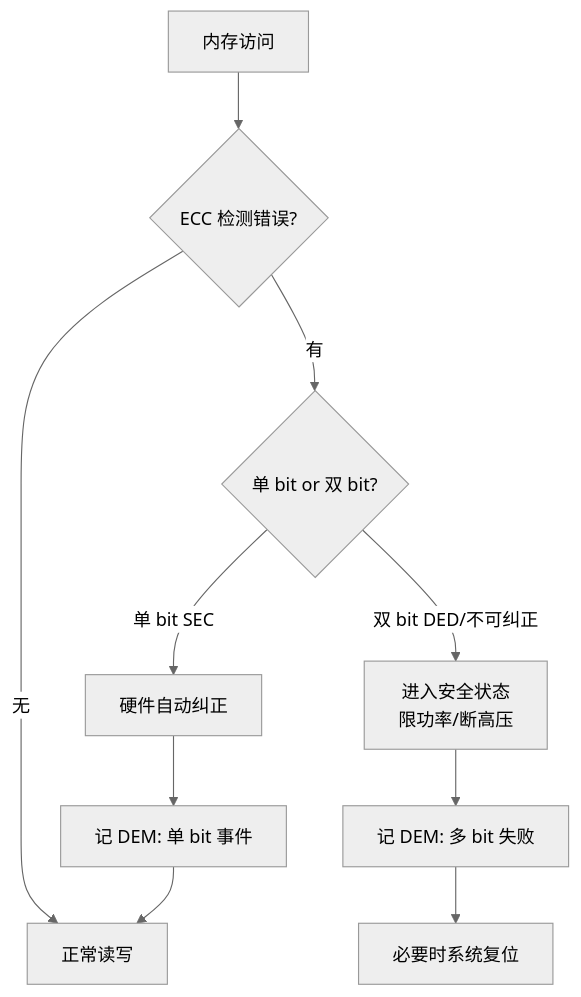
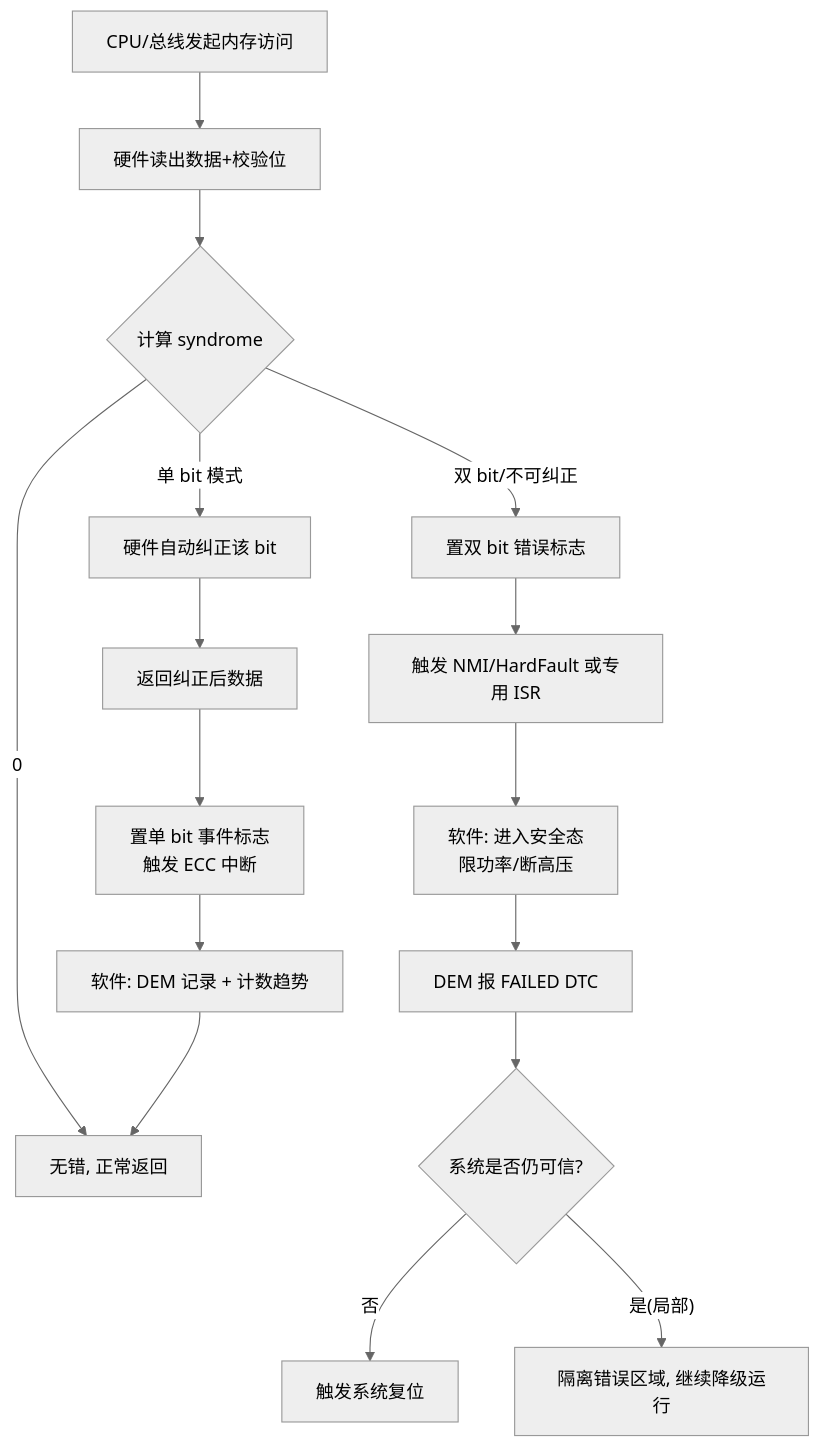
Before and after one commit to 1208826038/embedded-skill-notes: the sixth of 12 diagrams in articles/12-watchdog-ecc.md, drawn with Mermaid (neutral theme). The commit also changed other lines of this file, not shown here.

````diff
--- a/articles/12-watchdog-ecc.md
+++ b/articles/12-watchdog-ecc.md
@@ -88,12 +454,18 @@
 ```mermaid
 flowchart TD
-    A[内存访问] --> B{ECC 检测错误?}
-    B -- 无 --> C[正常读写]
-    B -- 有 --> D{单 bit or 双 bit?}
-    D -- 单 bit SEC --> E[硬件自动纠正]
-    E --> F[记 DEM: 单 bit 事件]
-    F --> C
-    D -- 双 bit DED/不可纠正 --> G[进入安全状态<br/>限功率/断高压]
-    G --> H[记 DEM: 多 bit 失败]
-    H --> I[必要时系统复位]
+    A[CPU/总线发起内存访问] --> B[硬件读出数据+校验位]
+    B --> C{计算 syndrome}
+    C -- 0 --> D[无错, 正常返回]
+    C -- 单 bit 模式 --> E[硬件自动纠正该 bit]
+    E --> F[返回纠正后数据]
+    F --> G[置单 bit 事件标志<br/>触发 ECC 中断]
+    G --> H[软件: DEM 记录 + 计数趋势]
+    H --> D
+    C -- 双 bit/不可纠正 --> I[置双 bit 错误标志]
+    I --> J[触发 NMI/HardFault 或专用 ISR]
+    J --> K[软件: 进入安全态<br/>限功率/断高压]
+    K --> L[DEM 报 FAILED DTC]
+    L --> M{系统是否仍可信?}
+    M -- 否 --> N[触发系统复位]
+    M -- 是(局部) --> O[隔离错误区域, 继续降级运行]
 ```
````
